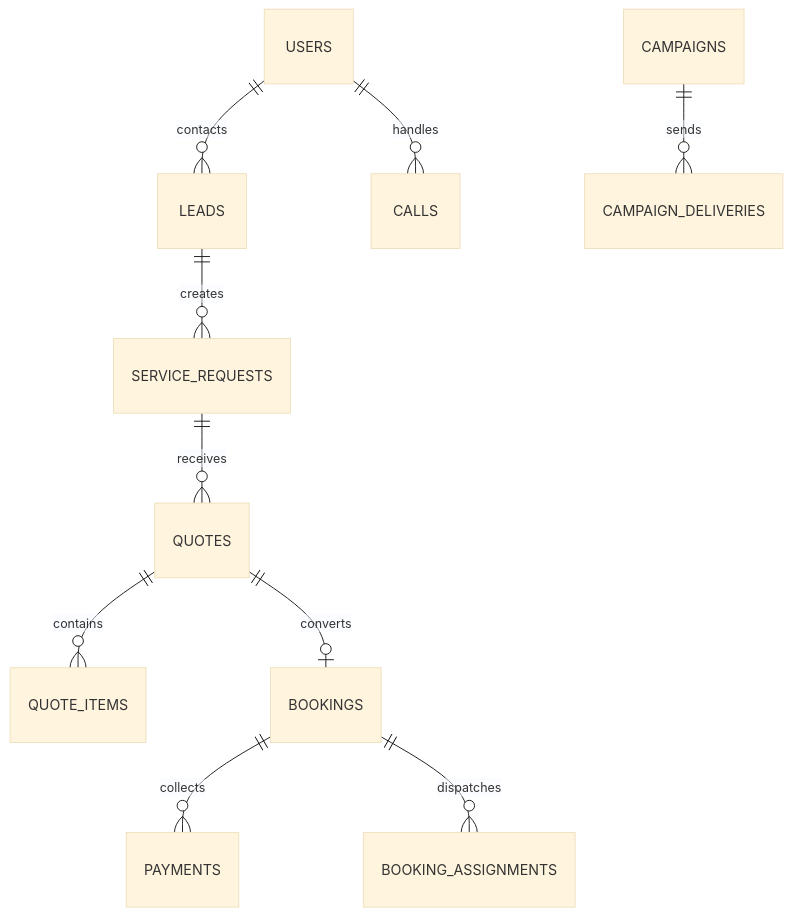
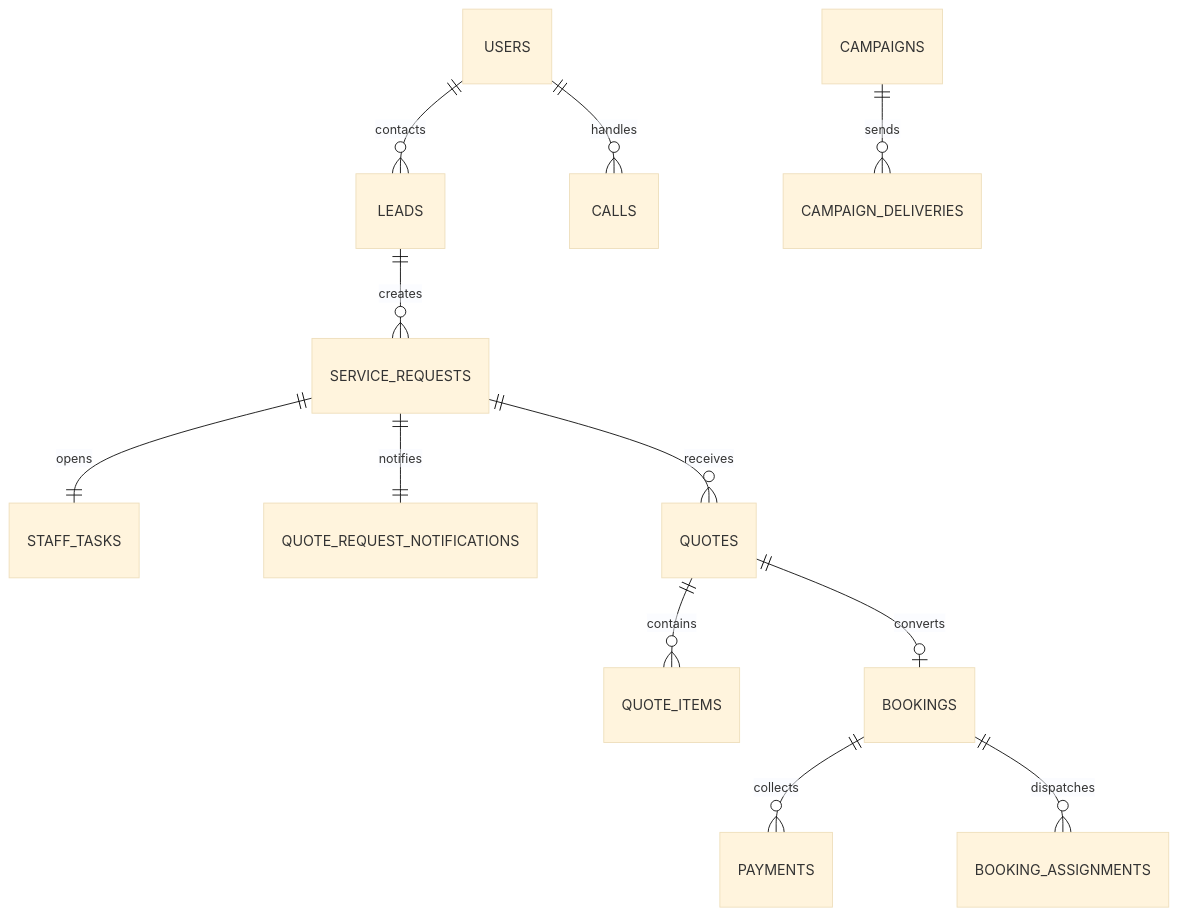
One commit to Rukkymarz/Express_Cleaning_Consulting changed the second of 3 diagrams in ARCHITECTURE.md. Above: the diagram before and after it, drawn with Mermaid (base theme). The commit also changed other lines of this file and 45 other files, not shown here.

````diff
--- a/ARCHITECTURE.md
+++ b/ARCHITECTURE.md
@@ -62,12 +62,14 @@
 ```mermaid
 erDiagram
   USERS ||--o{ LEADS : contacts
   LEADS ||--o{ SERVICE_REQUESTS : creates
+  SERVICE_REQUESTS ||--|| STAFF_TASKS : opens
+  SERVICE_REQUESTS ||--|| QUOTE_REQUEST_NOTIFICATIONS : notifies
   SERVICE_REQUESTS ||--o{ QUOTES : receives
   QUOTES ||--o{ QUOTE_ITEMS : contains
   QUOTES ||--o| BOOKINGS : converts
   BOOKINGS ||--o{ PAYMENTS : collects
   BOOKINGS ||--o{ BOOKING_ASSIGNMENTS : dispatches
   USERS ||--o{ CALLS : handles
   CAMPAIGNS ||--o{ CAMPAIGN_DELIVERIES : sends
 ```
````
